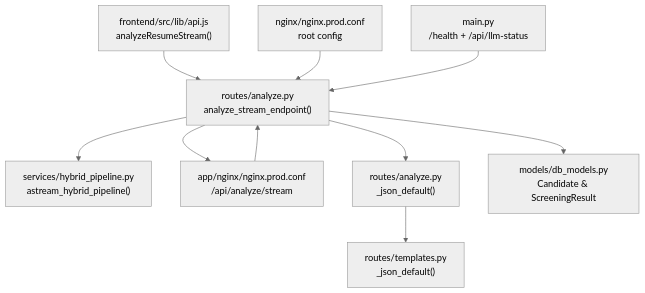
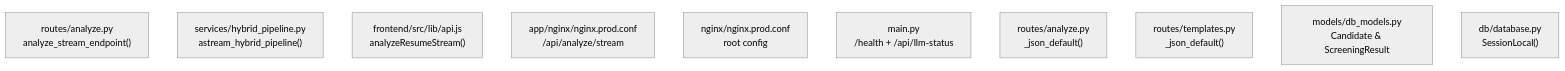
One commit to Revanththetalogics/aireume changed the third of 3 diagrams in .qoder/repowiki/en/content/API Reference/Analysis Endpoints/Streaming Analysis.md. Above: the diagram before and after it, drawn with Mermaid (neutral theme). The commit also changed other lines of this file and 4 other files, not shown here.

````diff
--- a/.qoder/repowiki/en/content/API Reference/Analysis Endpoints/Streaming Analysis.md
+++ b/.qoder/repowiki/en/content/API Reference/Analysis Endpoints/Streaming Analysis.md
@@ -436,21 +461,13 @@
 ```mermaid
 graph TB
 Routes["routes/analyze.py<br/>analyze_stream_endpoint()"]
 Pipeline["services/hybrid_pipeline.py<br/>astream_hybrid_pipeline()"]
 Frontend["frontend/src/lib/api.js<br/>analyzeResumeStream()"]
 NginxApp["app/nginx/nginx.prod.conf<br/>/api/analyze/stream"]
 NginxRoot["nginx/nginx.prod.conf<br/>root config"]
 Health["main.py<br/>/health + /api/llm-status"]
 Serializer["routes/analyze.py<br/>_json_default()"]
 TemplateSerializer["routes/templates.py<br/>_json_default()"]
 DBModels["models/db_models.py<br/>Candidate & ScreeningResult"]
-Frontend --> Routes
-Routes --> Pipeline
-Routes --> NginxApp
-NginxApp --> Routes
-NginxRoot --> Routes
-Health --> Routes
-Routes --> Serializer
-Serializer --> TemplateSerializer
-Routes --> DBModels
+DBSession["db/database.py<br/>SessionLocal()"]
 ```
````
